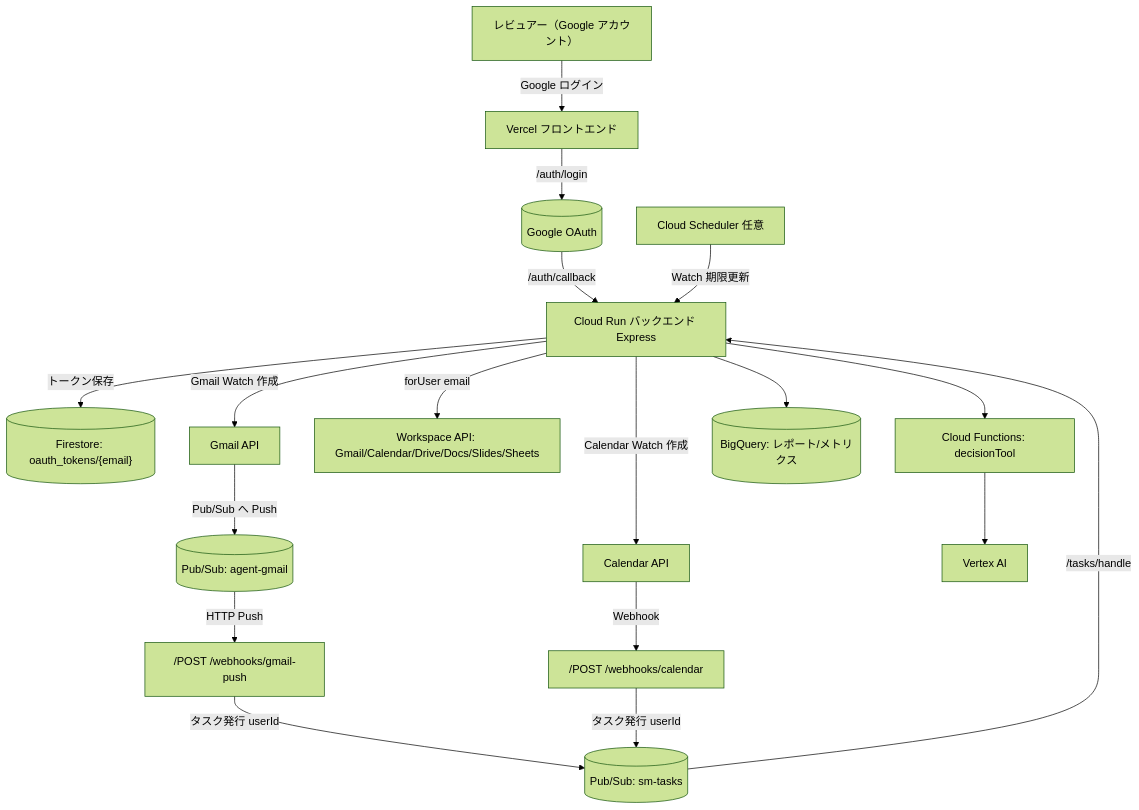
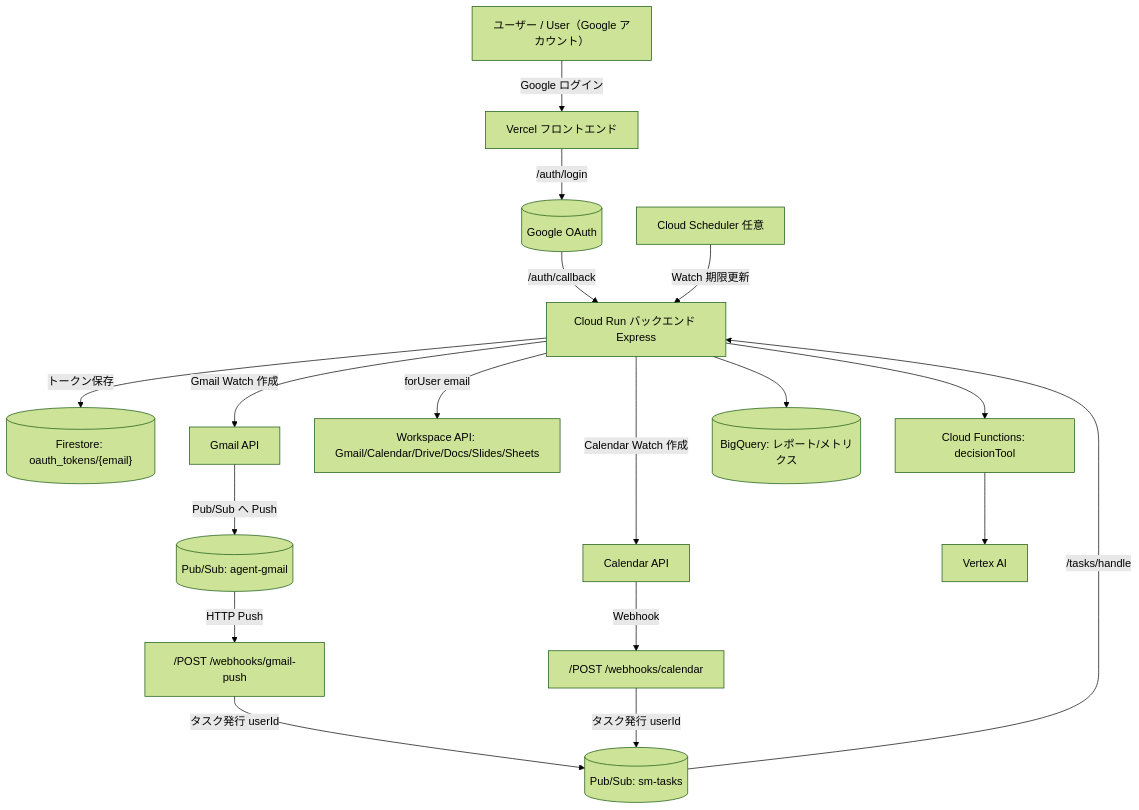
Before and after one commit to WHXisWH/SmartMeeting-Agent: the first of 3 diagrams in README.md, drawn with Mermaid (forest theme). The commit also changed other lines of this file, not shown here.

````diff
--- a/README.md
+++ b/README.md
@@ -21,20 +21,20 @@
 ```mermaid
 graph TB
-  U["レビュアー（Google アカウント）"] -->|"Google ログイン"| FE["Vercel フロントエンド"]
+  U["ユーザー / User（Google アカウント）"] -->|"Google ログイン"| FE["Vercel フロントエンド"]
   FE -->|"/auth/login"| OA[("Google OAuth")]
   OA -->|"/auth/callback"| BE["Cloud Run バックエンド Express"]
   BE -->|"トークン保存"| FS[("Firestore: oauth_tokens/{email}")]
   BE -->|"Gmail Watch 作成"| GM["Gmail API"]
   BE -->|"Calendar Watch 作成"| CAL["Calendar API"]
   GM -->|"Pub/Sub へ Push"| PST[("Pub/Sub: agent-gmail")]
   PST -->|"HTTP Push"| WHG["/POST /webhooks/gmail-push"]
   CAL -->|"Webhook"| WHC["/POST /webhooks/calendar"]
   WHG -->|"タスク発行 userId"| TQ[("Pub/Sub: sm-tasks")]
   WHC -->|"タスク発行 userId"| TQ
   TQ -->|"/tasks/handle"| BE
   BE -->|"forUser email"| GW["Workspace API: Gmail/Calendar/Drive/Docs/Slides/Sheets"]
   BE --> CF["Cloud Functions: decisionTool"]
   CF --> VX["Vertex AI"]
   BE --> BQ[("BigQuery: レポート/メトリクス")]
   SCH["Cloud Scheduler 任意"] -->|"Watch 期限更新"| BE
 ```
````
